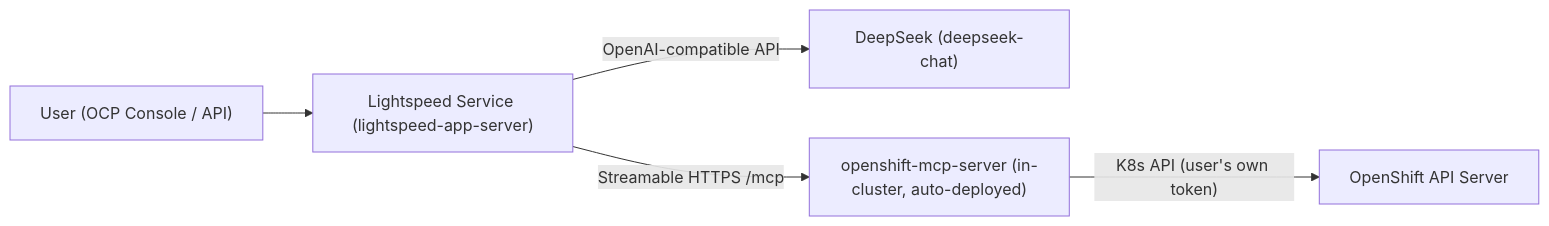
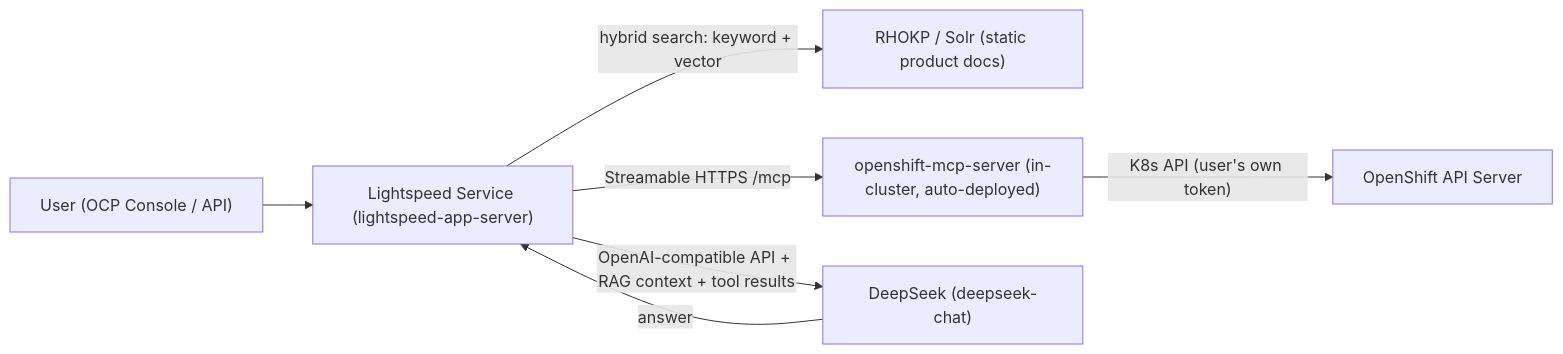
Before and after one commit to dichn/ai-infra-aprendo: the diagram in .cursor/skills/openshift-lightspeed-deepseek/SKILL.md, drawn with Mermaid. The commit also changed other lines of this file, not shown here.

First line of the commit message:
openshift-lightspeed-deepseek: merge RHOKP/RAG into architecture diagram

````diff
--- a/.cursor/skills/openshift-lightspeed-deepseek/SKILL.md
+++ b/.cursor/skills/openshift-lightspeed-deepseek/SKILL.md
@@ -33,7 +39,9 @@
 ```mermaid
 flowchart LR
     User["User (OCP Console / API)"] --> Lightspeed["Lightspeed Service (lightspeed-app-server)"]
-    Lightspeed -->|"OpenAI-compatible API"| DeepSeek["DeepSeek (deepseek-chat)"]
+    Lightspeed -->|"hybrid search: keyword + vector"| RHOKP["RHOKP / Solr (static product docs)"]
     Lightspeed -->|"Streamable HTTPS /mcp"| MCPServer["openshift-mcp-server (in-cluster, auto-deployed)"]
     MCPServer -->|"K8s API (user's own token)"| APIServer["OpenShift API Server"]
+    Lightspeed -->|"OpenAI-compatible API + RAG context + tool results"| DeepSeek["DeepSeek (deepseek-chat)"]
+    DeepSeek -->|"answer"| Lightspeed
 ```
````
